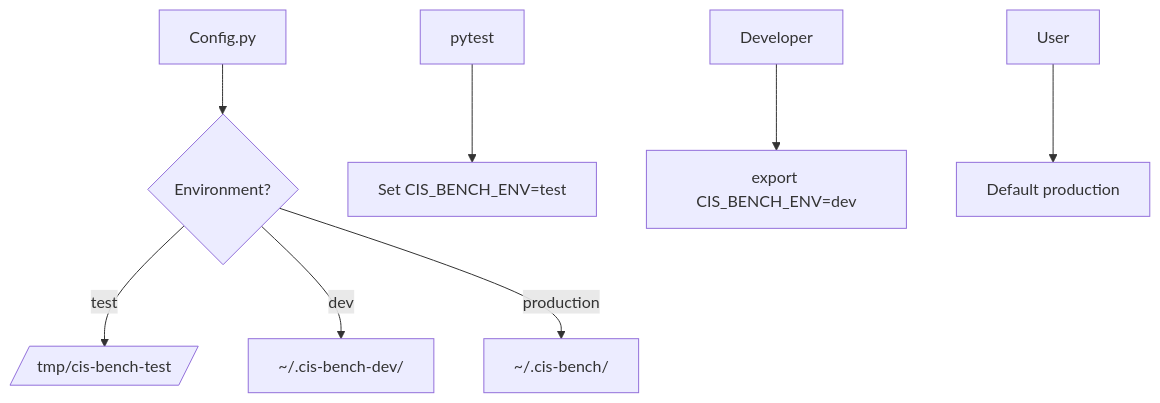
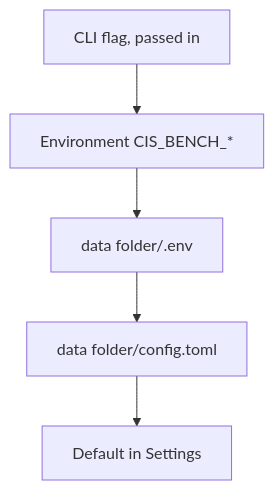
Before and after one commit to mitre/cis-bench: the tenth of 13 diagrams in docs/developer-guide/architecture.md, drawn with Mermaid. The commit also changed other lines of this file and 18 other files, not shown here.

````diff
--- a/docs/developer-guide/architecture.md
+++ b/docs/developer-guide/architecture.md
@@ -481,11 +484,7 @@
 ```mermaid
 graph TD
-A[Config.py] --> B{Environment?}
-B -->|test| C[/tmp/cis-bench-test/]
-B -->|dev| D[~/.cis-bench-dev/]
-B -->|production| E[~/.cis-bench/]
-
-F[pytest] --> G[Set CIS_BENCH_ENV=test]
-H[Developer] --> I[export CIS_BENCH_ENV=dev]
-J[User] --> K[Default production]
+A[CLI flag, passed in] --> B[Environment CIS_BENCH_*]
+B --> C[data folder/.env]
+C --> D[data folder/config.toml]
+D --> E[Default in Settings]
 ```
````
